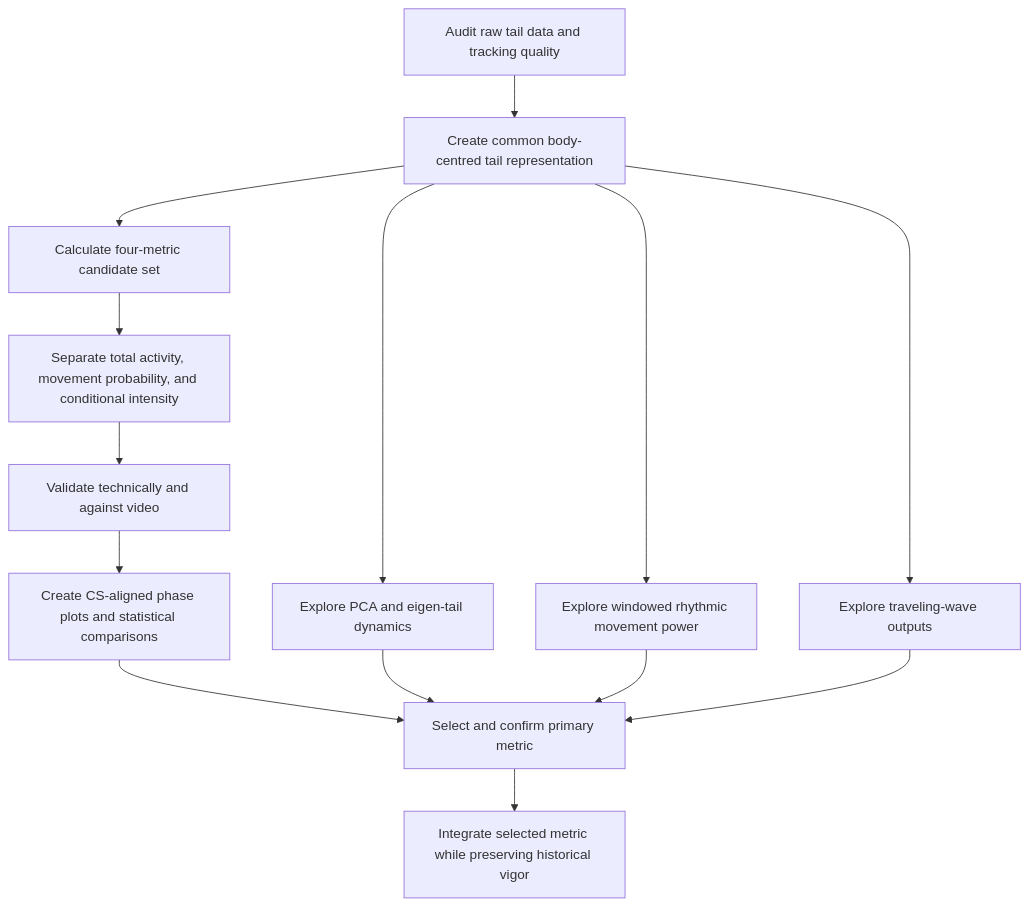
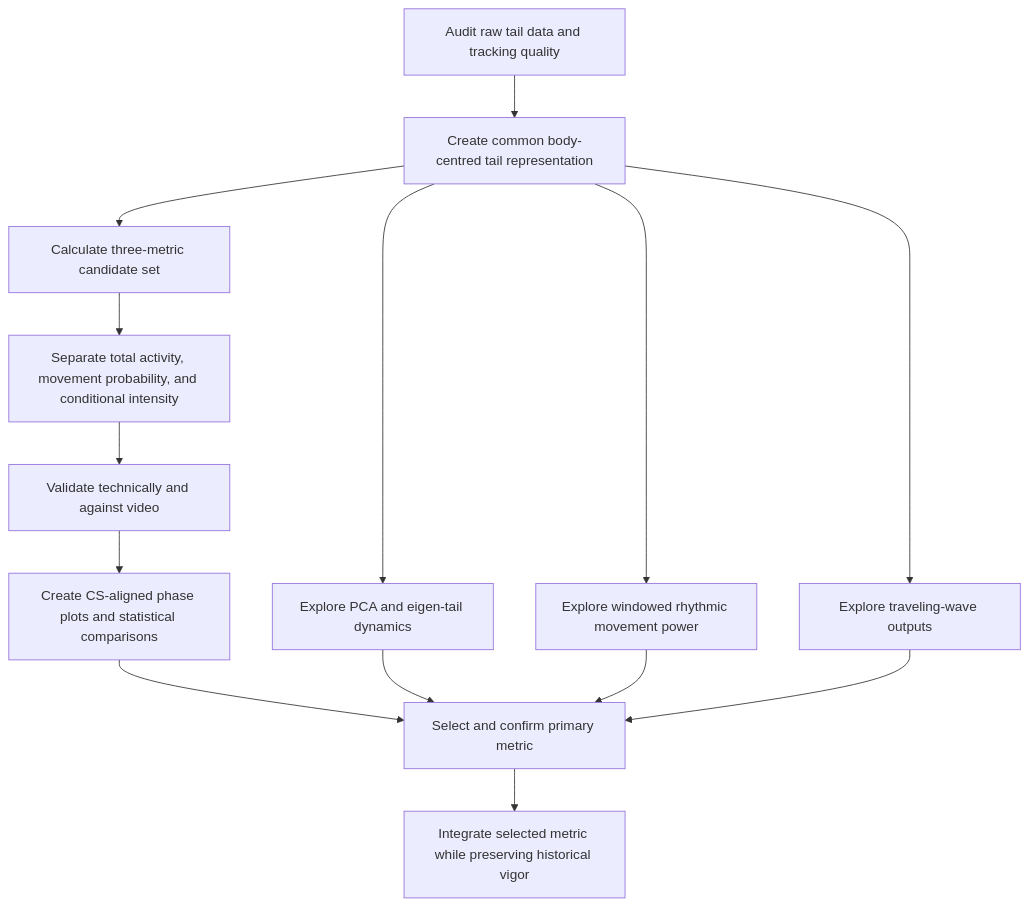
Before and after one commit to jasmc/ClassicalConditioning: the diagram in Plans/TAIL_DYNAMICS_VIGOR_ANALYSIS_PLAN.md, drawn with Mermaid. The commit also changed other lines of this file and 21 other files, not shown here.

````diff
--- a/Plans/TAIL_DYNAMICS_VIGOR_ANALYSIS_PLAN.md
+++ b/Plans/TAIL_DYNAMICS_VIGOR_ANALYSIS_PLAN.md
@@ -75,16 +72,16 @@
 ```mermaid
 graph TD
     A[Audit raw tail data and tracking quality] --> B[Create common body-centred tail representation]
-    B --> C[Calculate four-metric candidate set]
+    B --> C[Calculate three-metric candidate set]
     C --> D[Separate total activity, movement probability, and conditional intensity]
     D --> E[Validate technically and against video]
     E --> F[Create CS-aligned phase plots and statistical comparisons]
     B --> G[Explore PCA and eigen-tail dynamics]
     B --> H[Explore windowed rhythmic movement power]
     B --> I[Explore traveling-wave outputs]
     F --> J[Select and confirm primary metric]
     G --> J
     H --> J
     I --> J
     J --> K[Integrate selected metric while preserving historical vigor]
 ```
````
